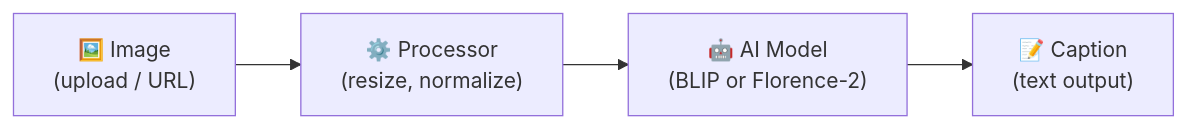
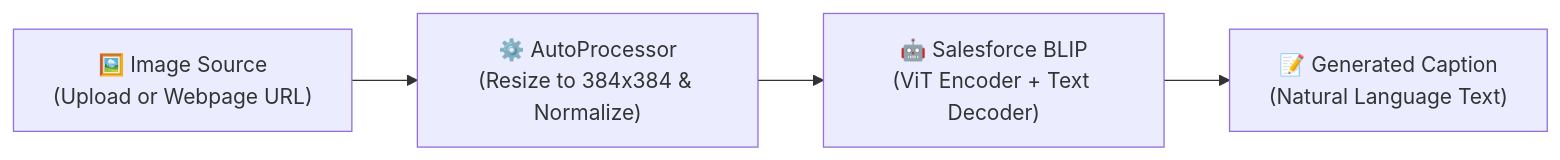
The diagram in README.md (mitadrudeb/ai-image-captioner), drawn with Mermaid before and after one commit. The commit also changed other lines of this file and 2 other files, not shown here.

Commit message:
feat: streamline project to pure Salesforce BLIP (rock-solid Colab/CPU/CUDA compatibility, remove Florence-2 dependencies)

````diff
--- a/README.md
+++ b/README.md
@@ -60,6 +67,6 @@
 ```mermaid
 flowchart LR
-    A["🖼️ Image\n(upload / URL)"] --> B["⚙️ Processor\n(resize, normalize)"]
-    B --> C["🤖 AI Model\n(BLIP or Florence-2)"]
-    C --> D["📝 Caption\n(text output)"]
+    A["🖼️ Image Source\n(Upload or Webpage URL)"] --> B["⚙️ AutoProcessor\n(Resize to 384x384 & Normalize)"]
+    B --> C["🤖 Salesforce BLIP\n(ViT Encoder + Text Decoder)"]
+    C --> D["📝 Generated Caption\n(Natural Language Text)"]
 ```
````
